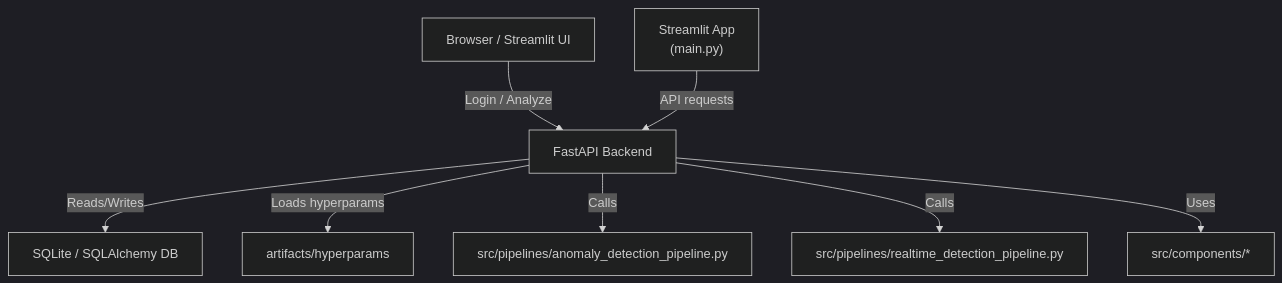
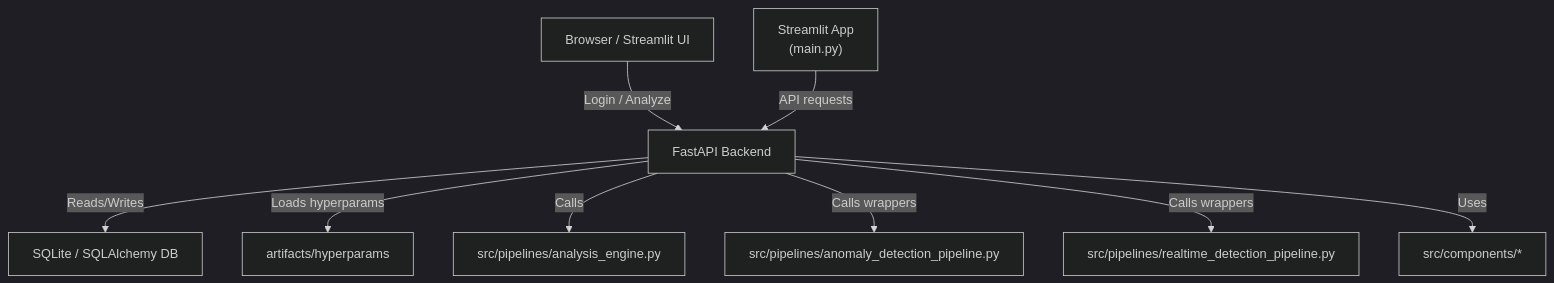
The second of 6 diagrams in AnomalyEngine/DIAGRAMS.md (rey-tan/Anomaly-Detection), drawn with Mermaid (dark theme) before and after one commit. The commit also changed other lines of this file and 33 other files, not shown here.

Commit message:
feat: persist analysis artifacts (data_path) + IO helpers, API endpoint, tests, DB recreate script

````diff
--- a/AnomalyEngine/DIAGRAMS.md
+++ b/AnomalyEngine/DIAGRAMS.md
@@ -215,10 +292,11 @@
 ```mermaid
 flowchart TB
     Browser["Browser / Streamlit UI"] -->|Login / Analyze| FastAPI["FastAPI Backend"]
     FastAPI -->|Reads/Writes| DB["SQLite / SQLAlchemy DB"]
     FastAPI -->|Loads hyperparams| Hyperparams["artifacts/hyperparams"]
-    FastAPI -->|Calls| StaticPipeline["src/pipelines/anomaly_detection_pipeline.py"]
-    FastAPI -->|Calls| RealtimePipeline["src/pipelines/realtime_detection_pipeline.py"]
+    FastAPI -->|Calls| AnalysisEngine["src/pipelines/analysis_engine.py"]
+    FastAPI -->|Calls wrappers| StaticPipeline["src/pipelines/anomaly_detection_pipeline.py"]
+    FastAPI -->|Calls wrappers| RealtimePipeline["src/pipelines/realtime_detection_pipeline.py"]
     FastAPI -->|Uses| Components["src/components/*"]
     Streamlit["Streamlit App\n(main.py)"] -->|API requests| FastAPI
 ```
````
